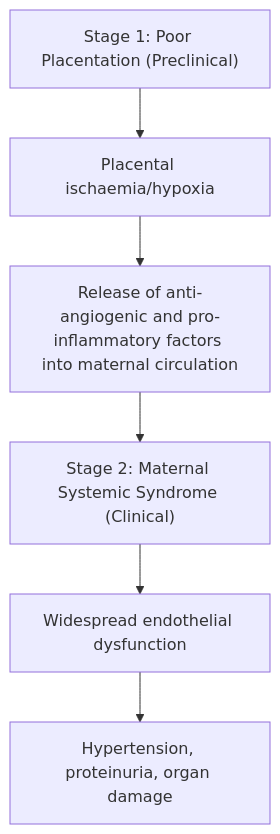
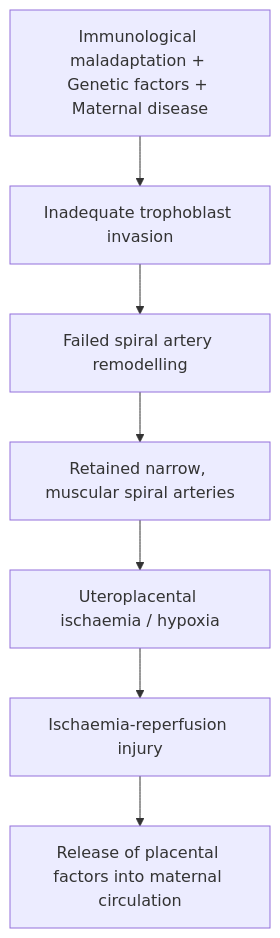
Before and after one commit to techjason/mbbspedia: the second of 3 diagrams in content/fragments/obstetrics-and-gynecology/pre-eclampsia/etiology.mdx, drawn with Mermaid. The commit also changed other lines of this file and 12 other files, not shown here.

````diff
--- a/content/fragments/obstetrics-and-gynecology/pre-eclampsia/etiology.mdx
+++ b/content/fragments/obstetrics-and-gynecology/pre-eclampsia/etiology.mdx
@@ -158,8 +182,9 @@
 ```mermaid
-flowchart TD
-    A["Stage 1: Poor Placentation (Preclinical)"] --> B["Placental ischaemia/hypoxia"]
-    B --> C["Release of anti-angiogenic and pro-inflammatory factors into maternal circulation"]
-    C --> D["Stage 2: Maternal Systemic Syndrome (Clinical)"]
-    D --> E["Widespread endothelial dysfunction"]
-    E --> F["Hypertension, proteinuria, organ damage"]
+graph TD
+    A["Immunological maladaptation + Genetic factors + Maternal disease"] --> B["Inadequate trophoblast invasion"]
+    B --> C["Failed spiral artery remodelling"]
+    C --> D["Retained narrow, muscular spiral arteries"]
+    D --> E["Uteroplacental ischaemia / hypoxia"]
+    E --> F["Ischaemia-reperfusion injury"]
+    F --> G["Release of placental factors into maternal circulation"]
 ```
````
